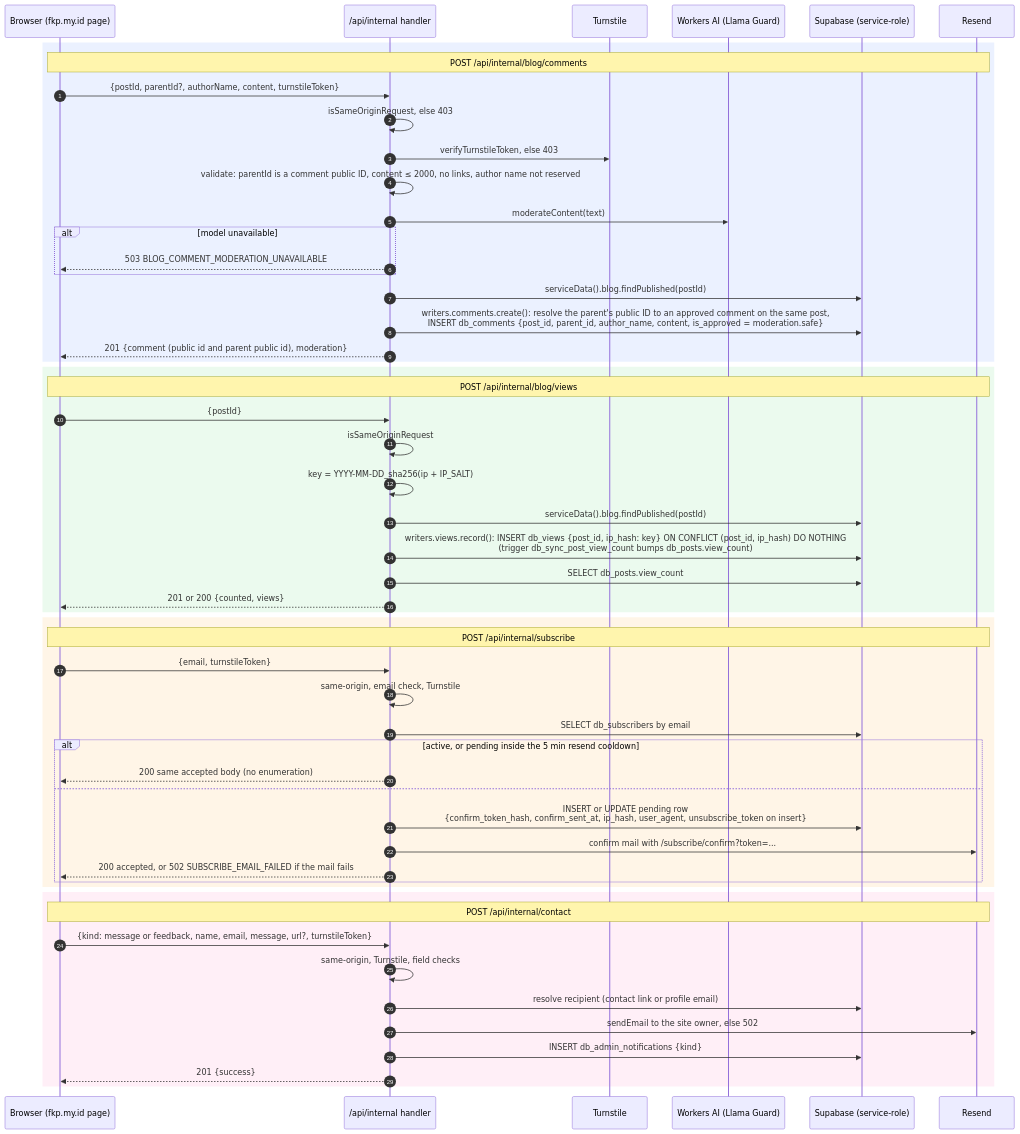
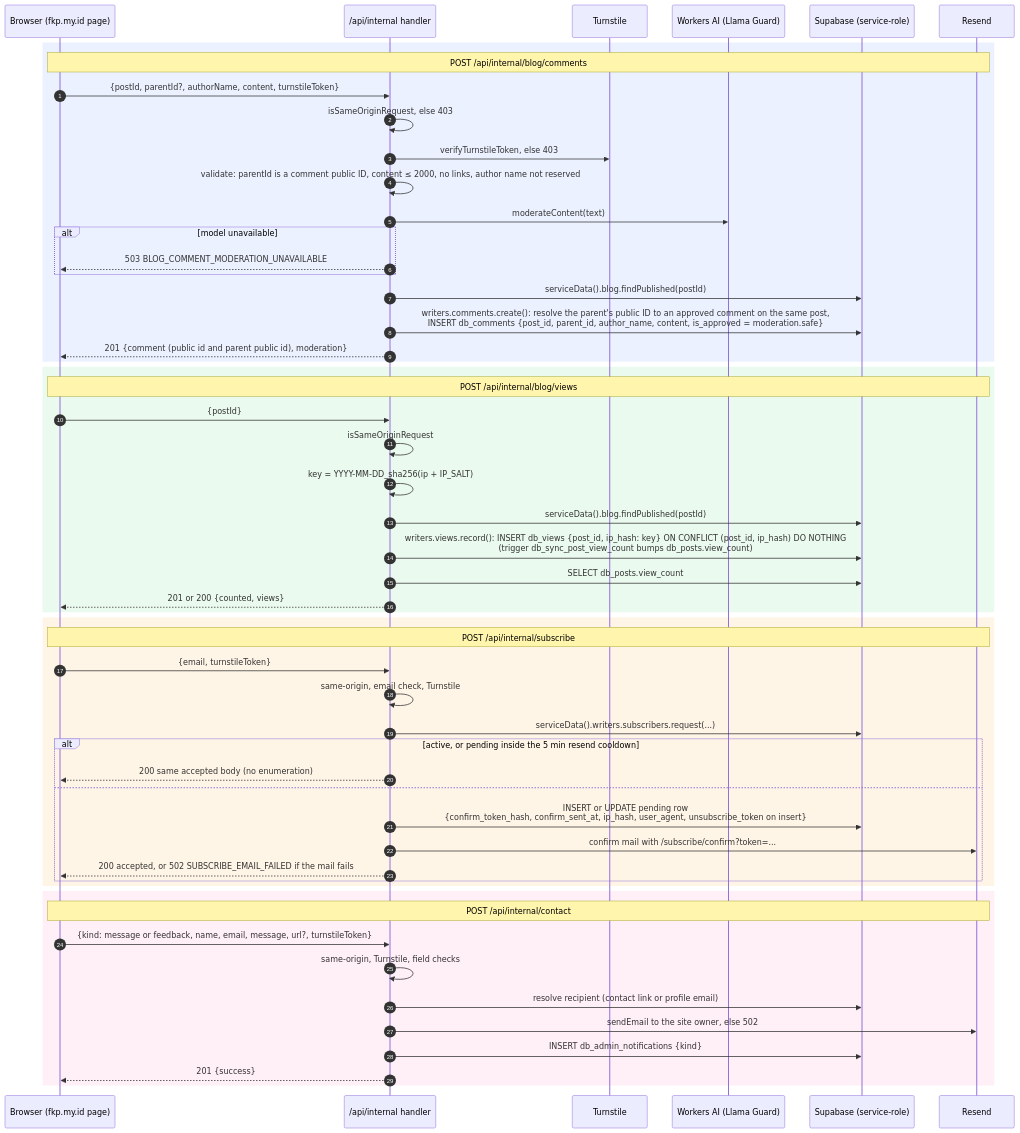
One commit to farhnkrnapratma/idstead changed the diagram in docs/001-architecture/004-public-write-endpoints.md. Above: the diagram before and after it, drawn with Mermaid. The commit also changed 24 other files, not shown here.

````diff
--- a/docs/001-architecture/004-public-write-endpoints.md
+++ b/docs/001-architecture/004-public-write-endpoints.md
@@ -5,60 +5,60 @@
 ```mermaid
 sequenceDiagram
     autonumber
     participant B as Browser (fkp.my.id page)
     participant H as /api/internal handler
     participant TS as Turnstile
     participant AI as Workers AI (Llama Guard)
     participant DB as Supabase (service-role)
     participant RS as Resend
 
     rect rgba(120, 160, 255, 0.15)
     Note over B,RS: POST /api/internal/blog/comments
     B->>H: {postId, parentId?, authorName, content, turnstileToken}
     H->>H: isSameOriginRequest, else 403
     H->>TS: verifyTurnstileToken, else 403
     H->>H: validate: parentId is a comment public ID, content ≤ 2000, no links, author name not reserved
     H->>AI: moderateContent(text)
     alt model unavailable
         H-->>B: 503 BLOG_COMMENT_MODERATION_UNAVAILABLE
     end
     H->>DB: serviceData().blog.findPublished(postId)
     H->>DB: writers.comments.create(): resolve the parent's public ID to an approved comment on the same post,<br/>INSERT db_comments {post_id, parent_id, author_name, content, is_approved = moderation.safe}
     H-->>B: 201 {comment (public id and parent public id), moderation}
     end
 
     rect rgba(120, 220, 140, 0.15)
     Note over B,RS: POST /api/internal/blog/views
     B->>H: {postId}
     H->>H: isSameOriginRequest
     H->>H: key = YYYY-MM-DD_sha256(ip + IP_SALT)
     H->>DB: serviceData().blog.findPublished(postId)
     H->>DB: writers.views.record(): INSERT db_views {post_id, ip_hash: key} ON CONFLICT (post_id, ip_hash) DO NOTHING<br/>(trigger db_sync_post_view_count bumps db_posts.view_count)
     H->>DB: SELECT db_posts.view_count
     H-->>B: 201 or 200 {counted, views}
     end
 
     rect rgba(255, 200, 120, 0.18)
     Note over B,RS: POST /api/internal/subscribe
     B->>H: {email, turnstileToken}
     H->>H: same-origin, email check, Turnstile
-    H->>DB: SELECT db_subscribers by email
+    H->>DB: serviceData().writers.subscribers.request(...)
     alt active, or pending inside the 5 min resend cooldown
         H-->>B: 200 same accepted body (no enumeration)
     else
         H->>DB: INSERT or UPDATE pending row<br/>{confirm_token_hash, confirm_sent_at, ip_hash, user_agent, unsubscribe_token on insert}
         H->>RS: confirm mail with /subscribe/confirm?token=...
         H-->>B: 200 accepted, or 502 SUBSCRIBE_EMAIL_FAILED if the mail fails
     end
     end
 
     rect rgba(255, 150, 200, 0.15)
     Note over B,RS: POST /api/internal/contact
     B->>H: {kind: message or feedback, name, email, message, url?, turnstileToken}
     H->>H: same-origin, Turnstile, field checks
     H->>DB: resolve recipient (contact link or profile email)
     H->>RS: sendEmail to the site owner, else 502
     H->>DB: INSERT db_admin_notifications {kind}
     H-->>B: 201 {success}
     end
 ```
````
